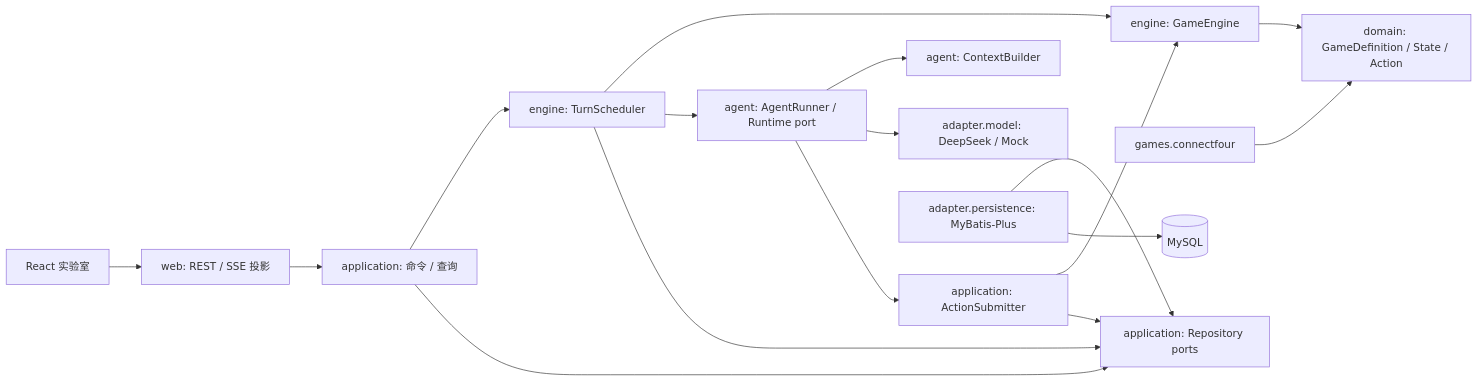
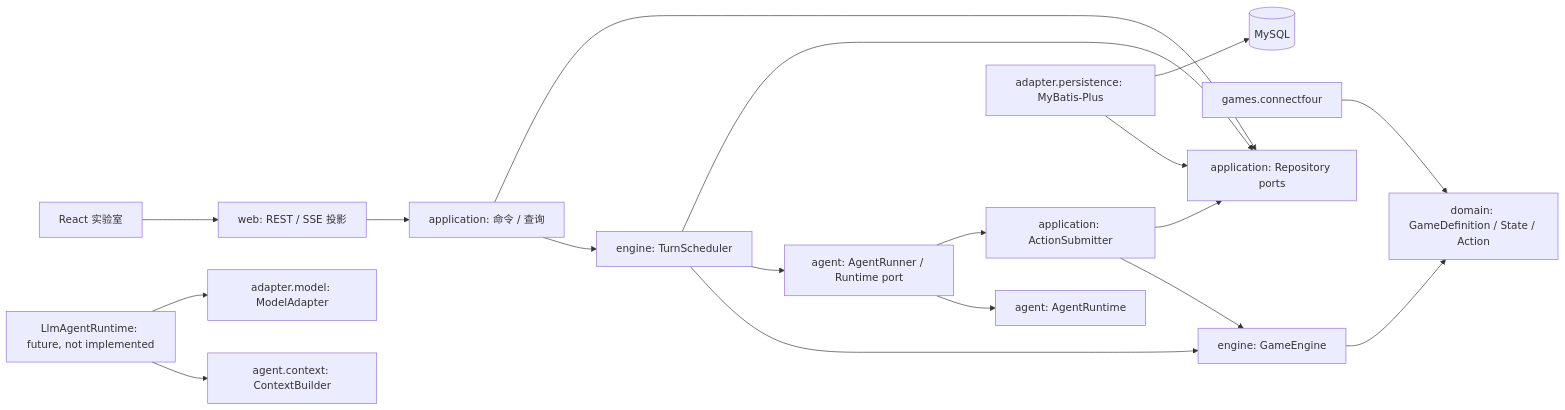
One commit to boji-today/frayground changed the first of 3 diagrams in docs/02-architecture.md. Above: the diagram before and after it, drawn with Mermaid. The commit also changed other lines of this file and 11 other files, not shown here.

Commit message:
Implement stateless agent runtime inputs

````diff
--- a/docs/02-architecture.md
+++ b/docs/02-architecture.md
@@ -26,19 +26,20 @@
 ```mermaid
 flowchart LR
   UI[React 实验室] --> API[web: REST / SSE 投影]
   API --> APP[application: 命令 / 查询]
   APP --> SCHED[engine: TurnScheduler]
   SCHED --> ENGINE[engine: GameEngine]
   ENGINE --> DOMAIN[domain: GameDefinition / State / Action]
   C4[games.connectfour] --> DOMAIN
   SCHED --> RUNNER[agent: AgentRunner / Runtime port]
-  RUNNER --> CTX[agent: ContextBuilder]
-  RUNNER --> MODEL[adapter.model: DeepSeek / Mock]
+  RUNNER --> RUNTIME[agent: AgentRuntime]
+  LLM[LlmAgentRuntime: future, not implemented] --> CTX[agent.context: ContextBuilder]
+  LLM --> MODEL[adapter.model: ModelAdapter]
   RUNNER --> SUBMIT[application: ActionSubmitter]
   SUBMIT --> ENGINE
   APP --> PORTS[application: Repository ports]
   SCHED --> PORTS
   SUBMIT --> PORTS
   DB[adapter.persistence: MyBatis-Plus] --> PORTS
   DB --> MYSQL[(MySQL)]
 ```
````
